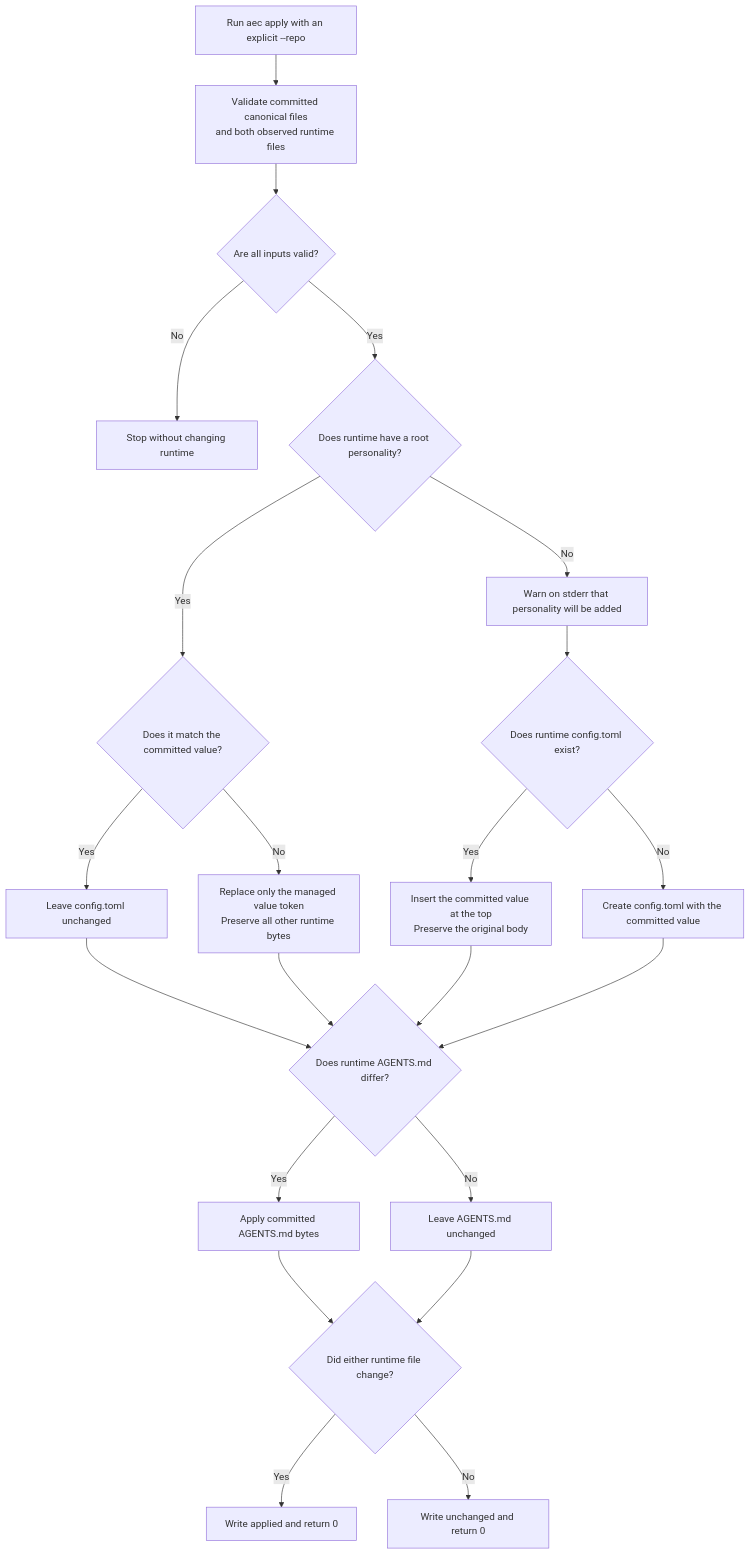
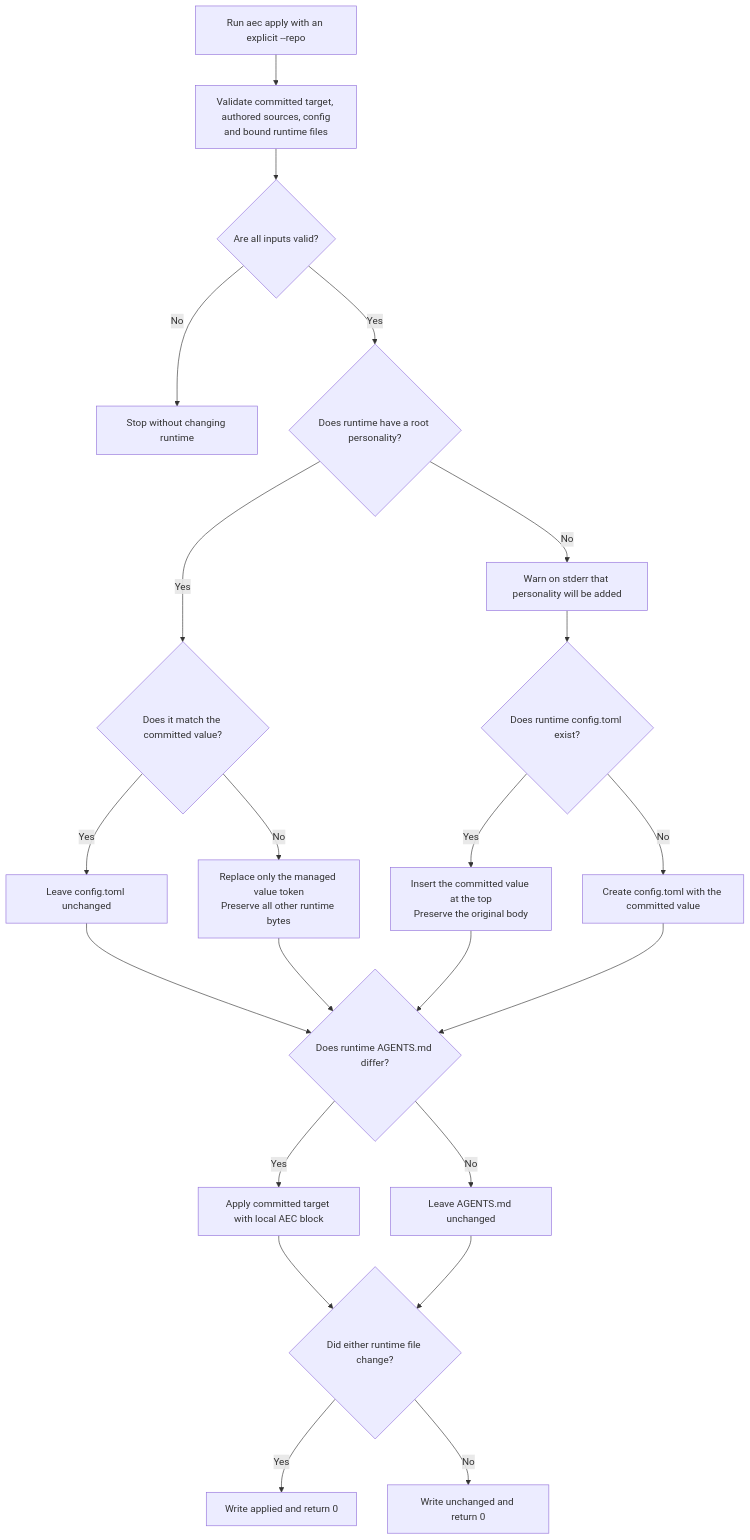
Before and after one commit to ferrywlto/ai-env-as-code: the fourth of 8 diagrams in docs/reference.md, drawn with Mermaid. The commit also changed other lines of this file and 12 other files, not shown here.

````diff
--- a/docs/reference.md
+++ b/docs/reference.md
@@ -300,24 +297,24 @@
 ```mermaid
 flowchart TD
-    Start["Run aec apply with an explicit --repo"] --> Validate["Validate committed canonical files<br/>and both observed runtime files"]
+    Start["Run aec apply with an explicit --repo"] --> Validate["Validate committed target, authored sources, config<br/>and bound runtime files"]
     Validate --> Valid{"Are all inputs valid?"}
     Valid -->|"No"| Stop["Stop without changing runtime"]
     Valid -->|"Yes"| Present{"Does runtime have a root personality?"}
     Present -->|"Yes"| Match{"Does it match the committed value?"}
     Match -->|"Yes"| KeepConfig["Leave config.toml unchanged"]
     Match -->|"No"| Replace["Replace only the managed value token<br/>Preserve all other runtime bytes"]
     Present -->|"No"| Warn["Warn on stderr that personality will be added"]
     Warn --> Exists{"Does runtime config.toml exist?"}
     Exists -->|"Yes"| Insert["Insert the committed value at the top<br/>Preserve the original body"]
     Exists -->|"No"| Create["Create config.toml with the committed value"]
     KeepConfig --> Agents{"Does runtime AGENTS.md differ?"}
     Replace --> Agents
     Insert --> Agents
     Create --> Agents
-    Agents -->|"Yes"| ApplyAgents["Apply committed AGENTS.md bytes"]
+    Agents -->|"Yes"| ApplyAgents["Apply committed target with local AEC block"]
     Agents -->|"No"| KeepAgents["Leave AGENTS.md unchanged"]
     ApplyAgents --> Changed{"Did either runtime file change?"}
     KeepAgents --> Changed
     Changed -->|"Yes"| Applied["Write applied and return 0"]
     Changed -->|"No"| Unchanged["Write unchanged and return 0"]
 ```
````
